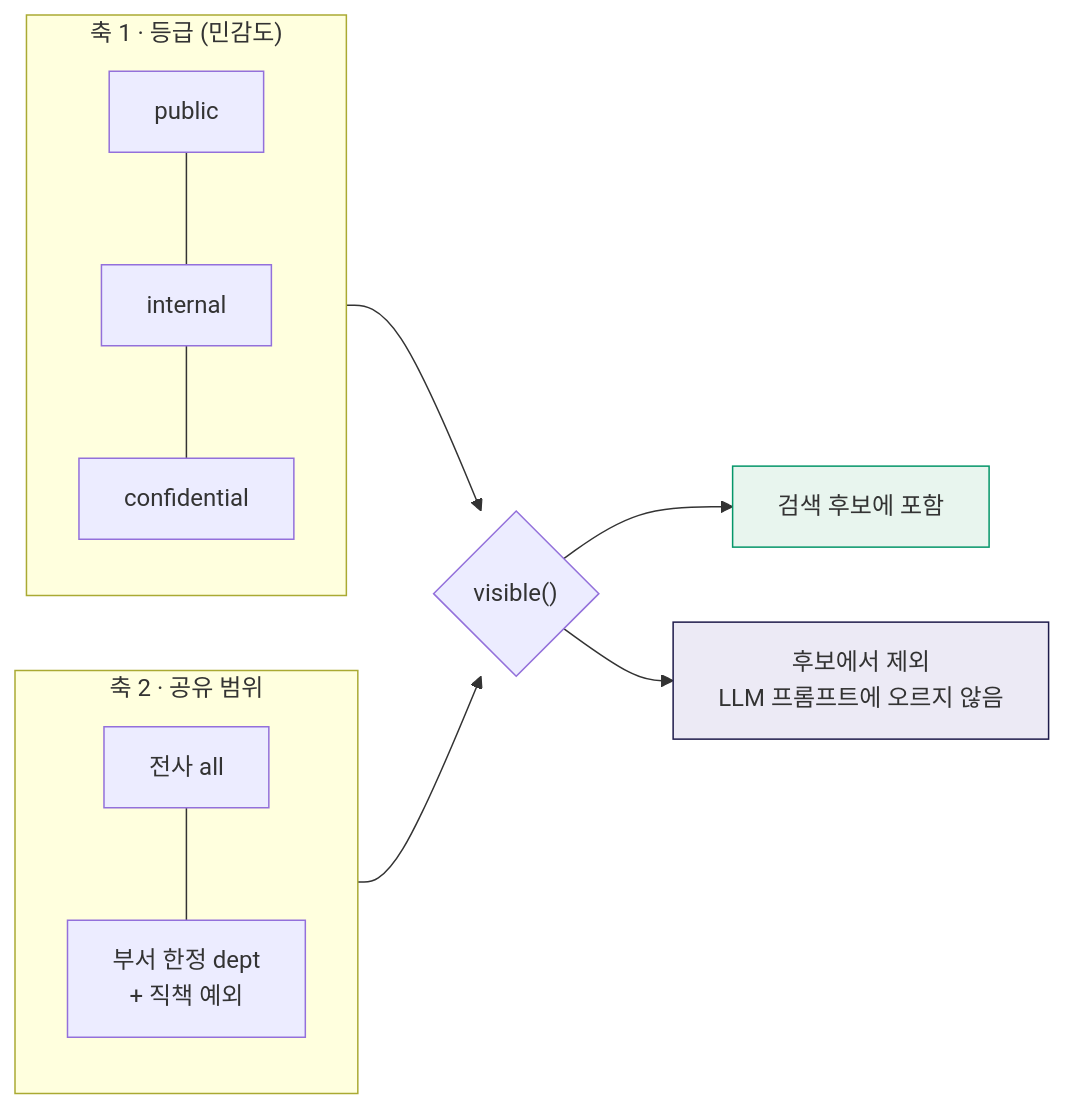
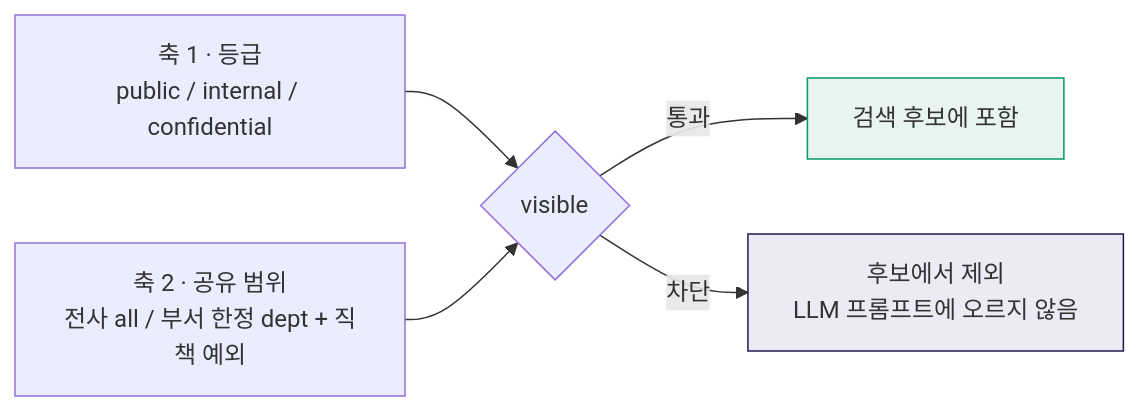
The second of 2 diagrams in README.md (ChocolateChip-Cookie/FC_Hackathon), drawn with Mermaid before and after one commit. The commit also changed other lines of this file, not shown here.

First line of the commit message:
[CC] fix: mermaid blocks rendered as code, not diagrams

````diff
--- a/README.md
+++ b/README.md
@@ -97,16 +97,10 @@
 ```mermaid
 flowchart LR
-    subgraph AX1["축 1 · 등급 (민감도)"]
-        C1["public"] --- C2["internal"] --- C3["confidential"]
-    end
-    subgraph AX2["축 2 · 공유 범위"]
-        S1["전사 all"] --- S2["부서 한정 dept<br/>+ 직책 예외"]
-    end
-    AX1 --> V{"visible()"}
-    AX2 --> V
-    V --> OK["검색 후보에 포함"]
-    V --> NO["후보에서 제외<br/>LLM 프롬프트에 오르지 않음"]
+    C["축 1 · 등급<br/>public / internal / confidential"] --> V{"visible"}
+    S["축 2 · 공유 범위<br/>전사 all / 부서 한정 dept + 직책 예외"] --> V
+    V -- 통과 --> OK["검색 후보에 포함"]
+    V -- 차단 --> NO["후보에서 제외<br/>LLM 프롬프트에 오르지 않음"]
 
     style NO fill:#eceaf5,stroke:#1E1B4B
     style OK fill:#e8f5ee,stroke:#059669
 ```
````
